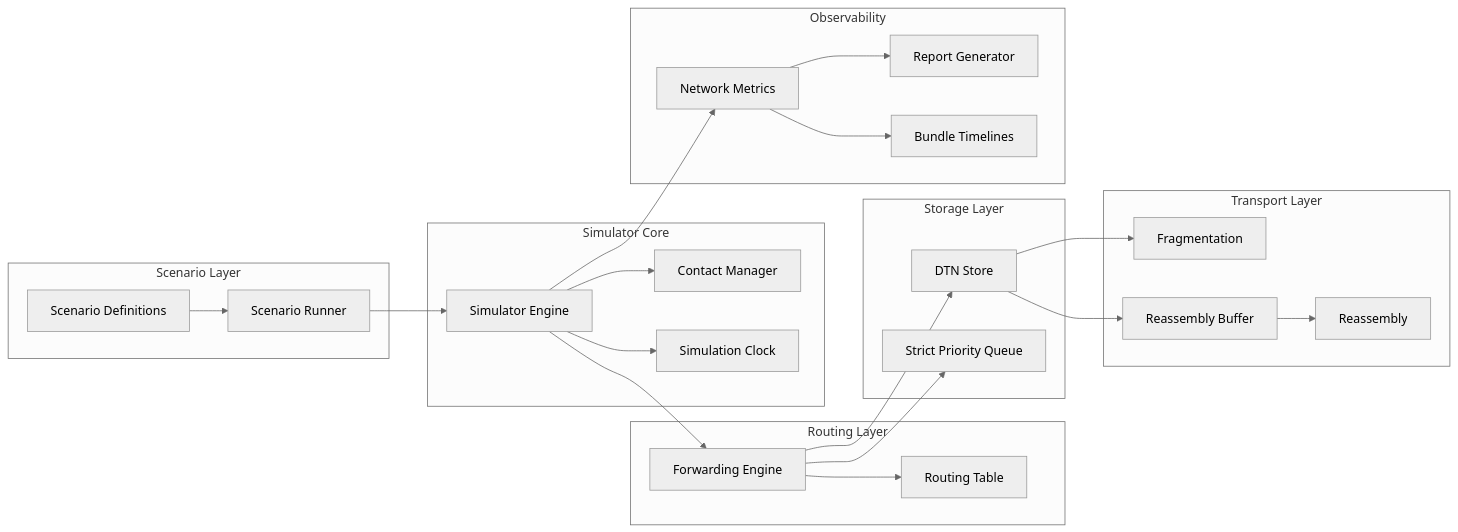
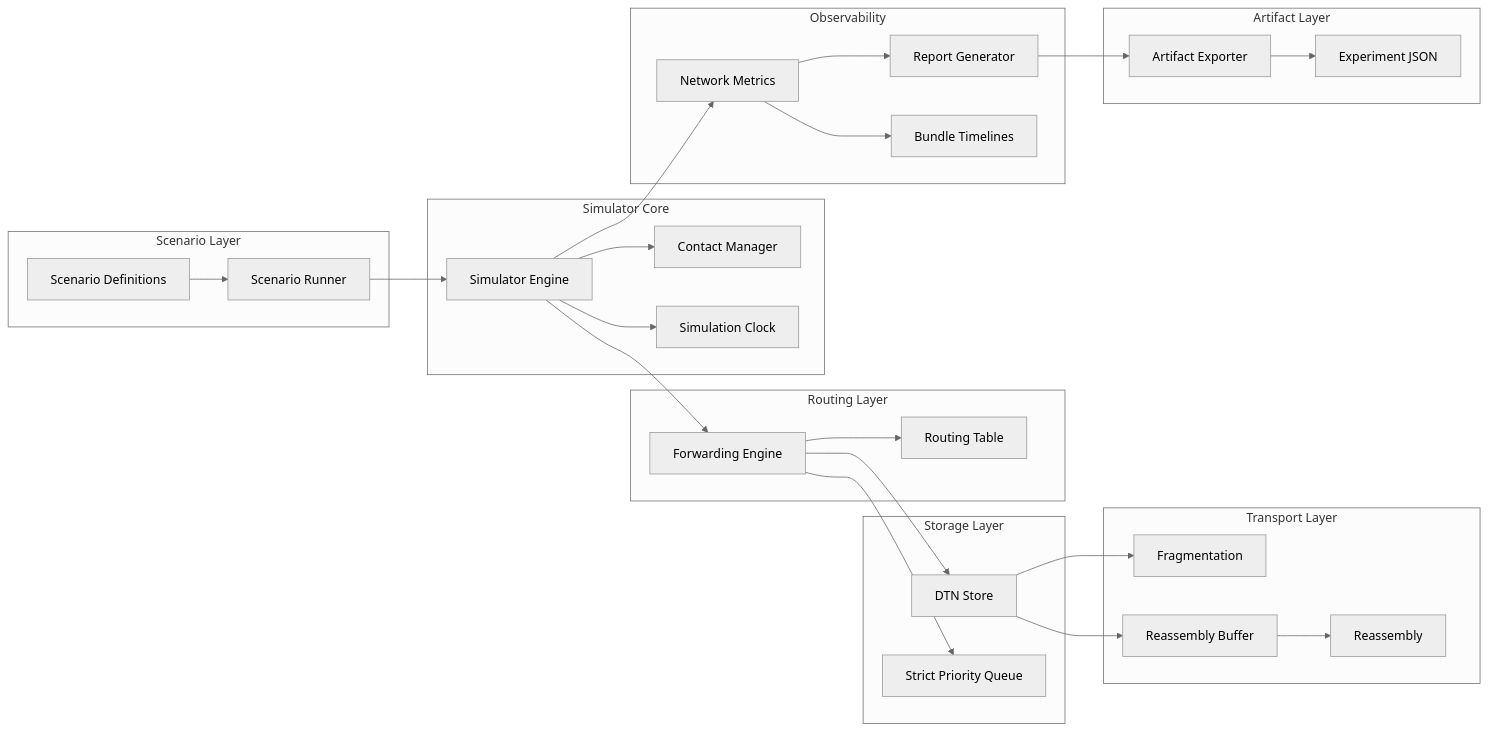
One commit to leozzmc/AetherNet changed the first of 3 diagrams in docs/architecture-phase-2.md. Above: the diagram before and after it, drawn with Mermaid (neutral theme). The commit also changed other lines of this file and 2 other files, not shown here.

````diff
--- a/docs/architecture-phase-2.md
+++ b/docs/architecture-phase-2.md
@@ -15,56 +15,66 @@
 ```mermaid
 flowchart LR
 
     subgraph Scenario Layer
         SCEN[Scenario Definitions]
         RUN[Scenario Runner]
     end
 
     subgraph Simulator Core
         SIM[Simulator Engine]
         CM[Contact Manager]
         CLK[Simulation Clock]
     end
 
     subgraph Routing Layer
         FE[Forwarding Engine]
         RT[Routing Table]
     end
 
     subgraph Transport Layer
         FRAG[Fragmentation]
         REASS[Reassembly]
         BUFFER[Reassembly Buffer]
     end
 
     subgraph Storage Layer
         STORE[DTN Store]
         QUEUE[Strict Priority Queue]
     end
 
     subgraph Observability
         MET[Network Metrics]
         REP[Report Generator]
         TIMELINE[Bundle Timelines]
     end
 
+    
+    subgraph Artifact Layer
+        EXPORT[Artifact Exporter]
+        JSON[Experiment JSON]
+    end
+
+
     SCEN --> RUN
     RUN --> SIM
 
     SIM --> CM
     SIM --> CLK
     SIM --> FE
 
     FE --> RT
     FE --> QUEUE
 
     FE --> STORE
 
     STORE --> FRAG
     STORE --> BUFFER
     BUFFER --> REASS
 
     SIM --> MET
     MET --> REP
     MET --> TIMELINE
+
+    REP --> EXPORT
+    EXPORT --> JSON
 ```
````
